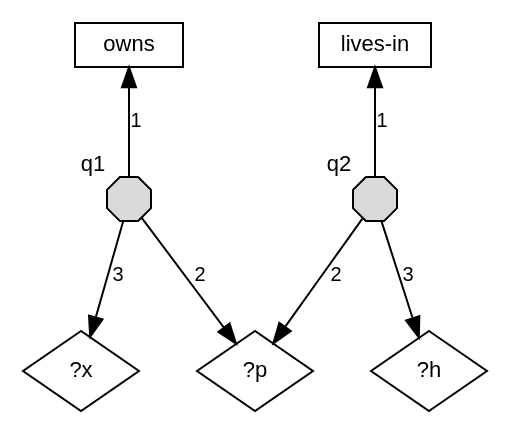
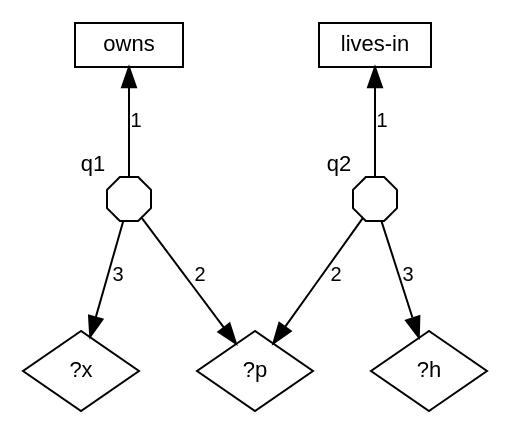
One commit to agutikov/ein changed the diagram in docs/ein/reasoning/01-static-ir/diagrams/02-pattern.dot. Above: the diagram before and after it, drawn with Graphviz. The commit also changed 66 other files, not shown here.

```diff
--- a/docs/ein/reasoning/01-static-ir/diagrams/02-pattern.dot
+++ b/docs/ein/reasoning/01-static-ir/diagrams/02-pattern.dot
@@ -1,16 +1,16 @@
 digraph pattern {
   rankdir=TB; nodesep=0.4; ranksep=0.6;
   node [shape=box, fontname="Helvetica", fontsize=11, height=0.3];
   edge [fontname="Helvetica", fontsize=10];
   { rank=min; "owns"; "lives-in"; }
   node [shape=diamond];
   { rank=max; "?x"; "?p"; "?h"; }
-  node [shape=octagon, label="", width=0.3, height=0.3, fixedsize=true, style=filled, fillcolor="#d9d9d9"];
+  node [shape=octagon, label="", width=0.3, height=0.3, fixedsize=true];
   q1 [xlabel="q1"]; q2 [xlabel="q2"];
   q1 -> "owns" [label="1"];
   q1 -> "?p" [label="2"];
   q1 -> "?x" [label="3"];
   q2 -> "lives-in" [label="1"];
   q2 -> "?p" [label="2"];
   q2 -> "?h" [label="3"];
 }
```
